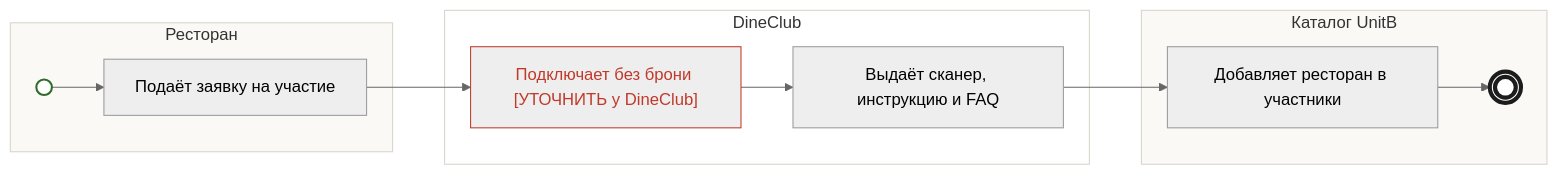
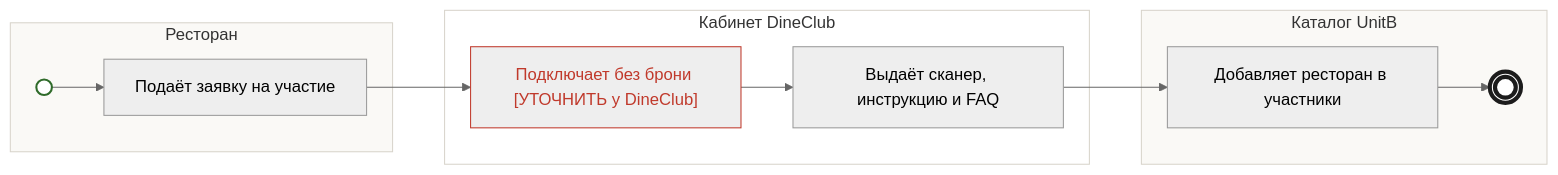
One commit to po-helper-org/poh-blueprint-writer changed the diagram in skills/bft-blueprint/examples/dineclub-restart-blueprint/backlog/tasks/bp-1.1 - Ресторан-подключается-и-попадает-в-каталог.md. Above: the diagram before and after it, drawn with Mermaid (neutral theme). The commit also changed other lines of this file and 32 other files, not shown here.

````diff
--- a/skills/bft-blueprint/examples/dineclub-restart-blueprint/backlog/tasks/bp-1.1 - Ресторан-подключается-и-попадает-в-каталог.md
+++ b/skills/bft-blueprint/examples/dineclub-restart-blueprint/backlog/tasks/bp-1.1 - Ресторан-подключается-и-попадает-в-каталог.md
@@ -39,30 +39,30 @@
 ```mermaid
 flowchart LR
   subgraph L1["Ресторан"]
     S((" "))
     N1["Подаёт заявку на участие"]
   end
-  subgraph L2["DineClub"]
+  subgraph L2["Кабинет DineClub"]
     N2["Подключает без брони [УТОЧНИТЬ у DineClub]"]
     N3["Выдаёт сканер, инструкцию и FAQ"]
   end
   subgraph L3["Каталог UnitB"]
     N4["Добавляет ресторан в участники"]
     E(((" ")))
   end
   S --> N1
   N1 --> N2
   N2 --> N3
   N3 --> N4
   N4 --> E
   classDef start fill:#fff,stroke:#2f6b2a,stroke-width:2px
   classDef stop fill:#fff,stroke:#1c1c1c,stroke-width:4px
   classDef gw fill:#fff8e6,stroke:#b7791f
   classDef ask color:#c0392b,stroke:#c0392b
   class S start
   class E stop
   class N2 ask
   style L1 fill:#faf9f6,stroke:#d8d4cb
   style L2 fill:#ffffff,stroke:#d8d4cb
   style L3 fill:#faf9f6,stroke:#d8d4cb
 ```
````
